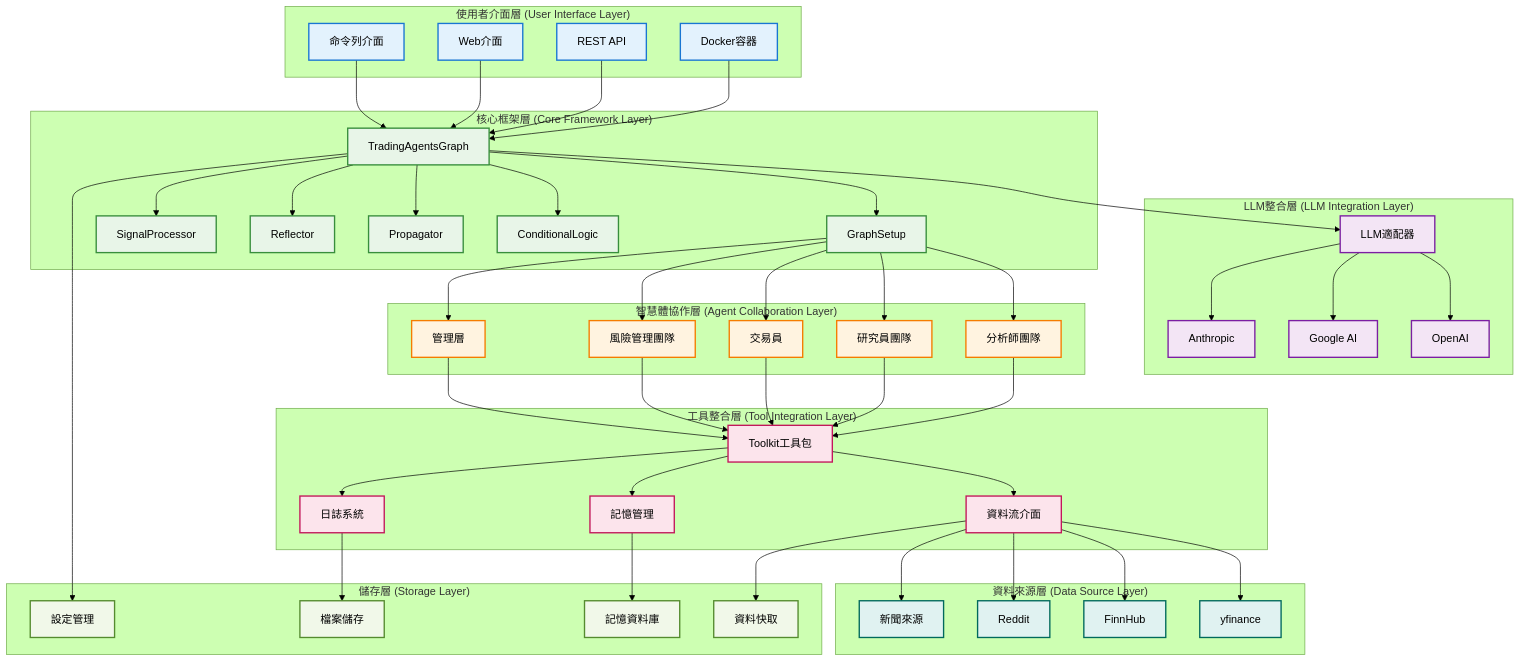
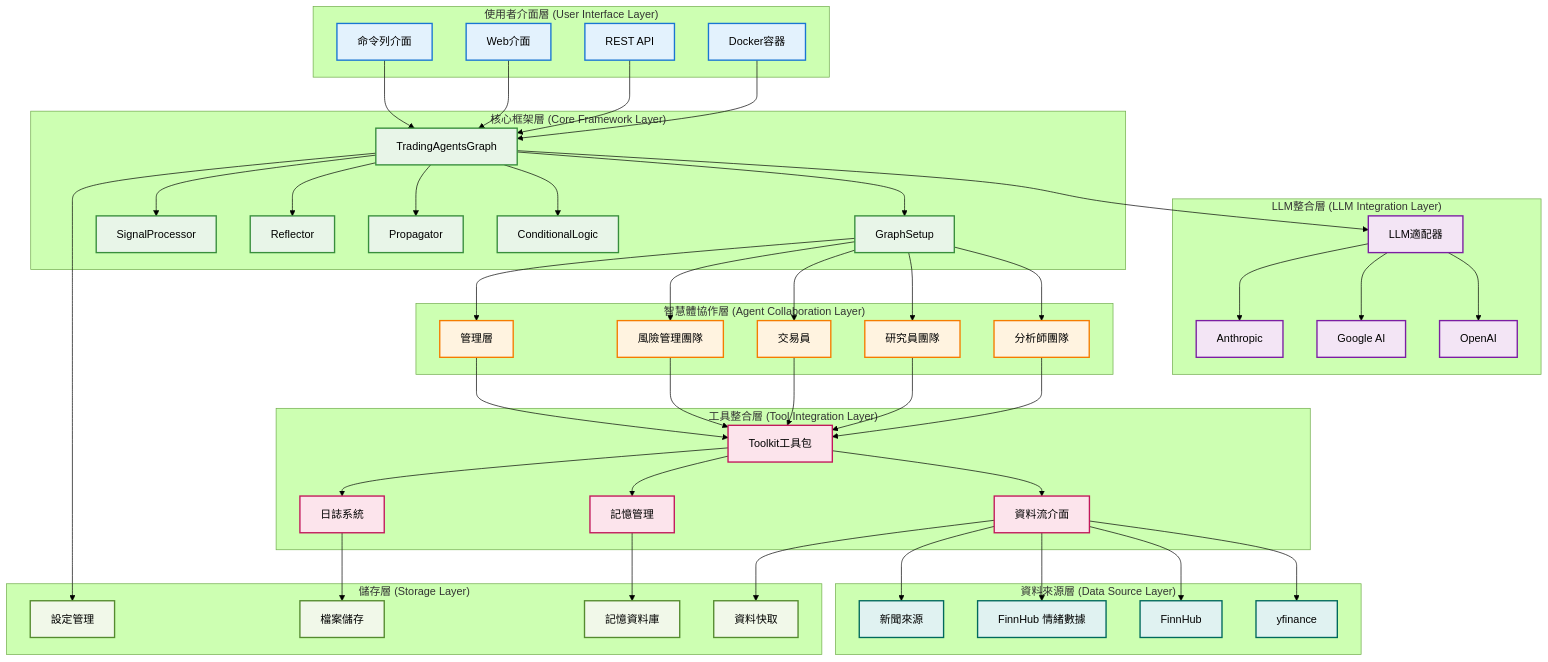
The first of 2 diagrams in docs/architecture/v0.1.13/system-architecture.md (aiinpocket/TradingAgents-CN), drawn with Mermaid (forest theme) before and after one commit. The commit also changed other lines of this file and 30 other files, not shown here.

First line of the commit message:
docs: 全面清理 Reddit/Google/Gemini 引用，統一為 FinnHub + OpenAI/Anthropic

````diff
--- a/docs/architecture/v0.1.13/system-architecture.md
+++ b/docs/architecture/v0.1.13/system-architecture.md
@@ -60,7 +60,7 @@
     subgraph "資料來源層 (Data Source Layer)"
         YFINANCE[yfinance]
         FINNHUB[FinnHub]
-        REDDIT[Reddit]
+        FINNHUB_SENT[FinnHub 情緒數據]
         NEWS[新聞來源]
     end
 
@@ -106,7 +106,7 @@
 
     DATAFLOW --> YFINANCE
     DATAFLOW --> FINNHUB
-    DATAFLOW --> REDDIT
+    DATAFLOW --> FINNHUB_SENT
     DATAFLOW --> NEWS
 
     DATAFLOW --> CACHE
@@ -128,6 +128,6 @@
     class GRAPH,SETUP,CONDITIONAL,PROPAGATOR,REFLECTOR,SIGNAL coreLayer
     class ANALYSTS,RESEARCHERS,TRADER,RISKMGMT,MANAGERS agentLayer
     class TOOLKIT,DATAFLOW,MEMORY,LOGGING toolLayer
-    class YFINANCE,FINNHUB,REDDIT,NEWS dataLayer
+    class YFINANCE,FINNHUB,FINNHUB_SENT,NEWS dataLayer
     class CACHE,FILES,MEMORY_DB,CONFIG storageLayer
 ```
````
